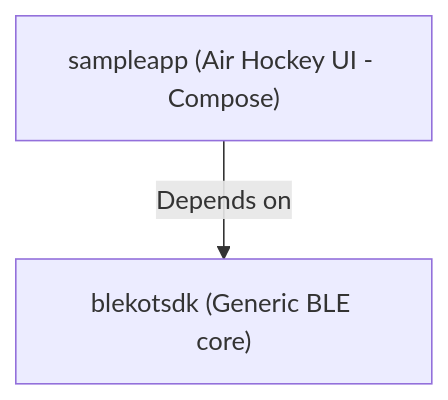
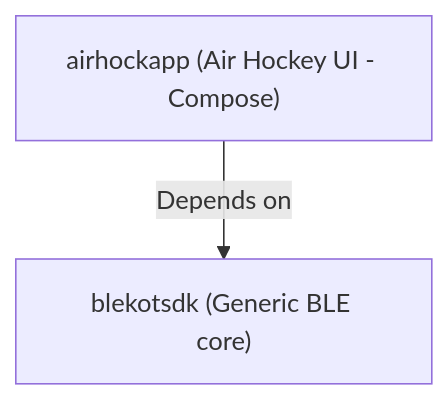
The first of 3 diagrams in README.md (geek-kartik/blue-hock), drawn with Mermaid before and after one commit. The commit also changed other lines of this file and 54 other files, not shown here.

````diff
--- a/README.md
+++ b/README.md
@@ -12,4 +12,4 @@
 ```mermaid
 graph TD
-    A["sampleapp (Air Hockey UI - Compose)"] -->|"Depends on"| B["blekotsdk (Generic BLE core)"]
+    A["airhockapp (Air Hockey UI - Compose)"] -->|"Depends on"| B["blekotsdk (Generic BLE core)"]
 ```
````
